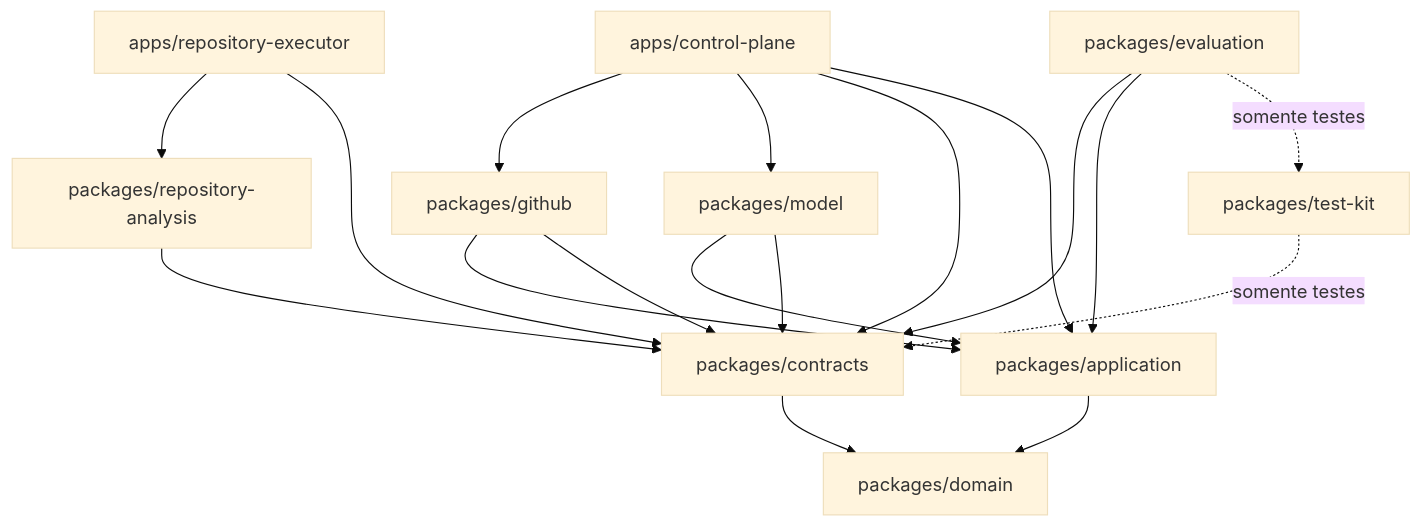
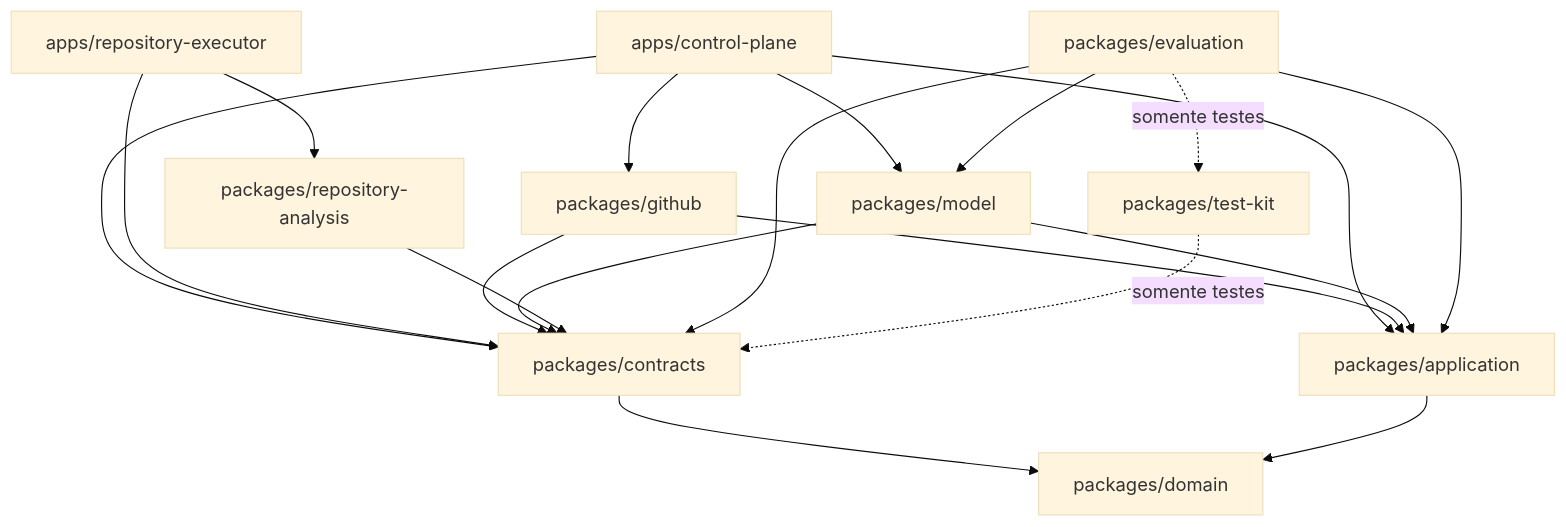
Before and after one commit to ThiagoCrepequer/holon: the diagram in docs/architecture/technical-ecosystem.md, drawn with Mermaid (base theme). The commit also changed other lines of this file and 6 other files, not shown here.

````diff
--- a/docs/architecture/technical-ecosystem.md
+++ b/docs/architecture/technical-ecosystem.md
@@ -62,31 +62,32 @@
 ```mermaid
 flowchart TD
     CP[apps/control-plane]
     EX[apps/repository-executor]
     GH[packages/github]
     MO[packages/model]
     RA[packages/repository-analysis]
     CT[packages/contracts]
     EV[packages/evaluation]
     AP[packages/application]
     DO[packages/domain]
     TK[packages/test-kit]
 
     CP --> GH
     CP --> MO
     CP --> CT
     CP --> AP
     EX --> RA
     EX --> CT
     GH --> AP
     GH --> CT
     MO --> AP
     MO --> CT
     RA --> CT
     EV --> CT
     EV --> AP
+    EV --> MO
     EV -. somente testes .-> TK
     CT --> DO
     AP --> DO
     TK -. somente testes .-> CT
 ```
````
